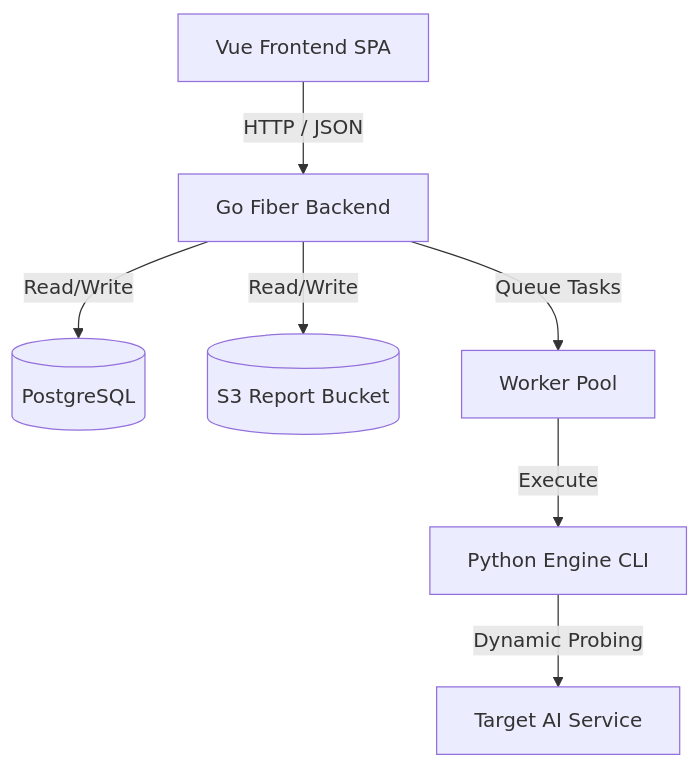
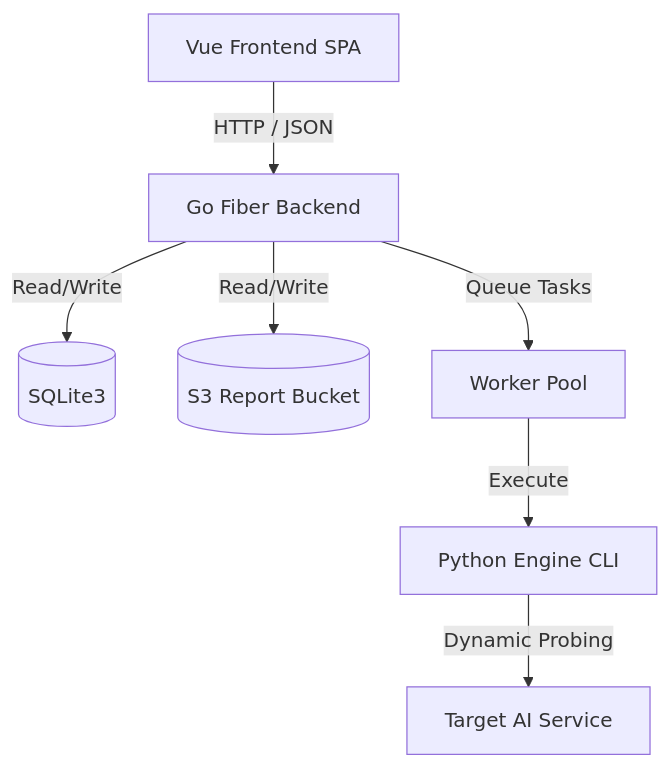
The diagram in README.md (matt-wisdom/Arishem), drawn with Mermaid before and after one commit. The commit also changed other lines of this file and 2 other files, not shown here.

Commit message:
docs: document Multi-Agent Collaborative Red-Teaming, Cross-Run Memory, and database migration to SQLite3

````diff
--- a/README.md
+++ b/README.md
@@ -18,9 +18,9 @@
 ```mermaid
 graph TD
     UI[Vue Frontend SPA] -->|HTTP / JSON| API[Go Fiber Backend]
-    API -->|Read/Write| DB[(PostgreSQL)]
+    API -->|Read/Write| DB[(SQLite3)]
     API -->|Read/Write| S3[(S3 Report Bucket)]
     API -->|Queue Tasks| WP[Worker Pool]
     WP -->|Execute| CLI[Python Engine CLI]
     CLI -->|Dynamic Probing| Target[Target AI Service]
 ```
````
